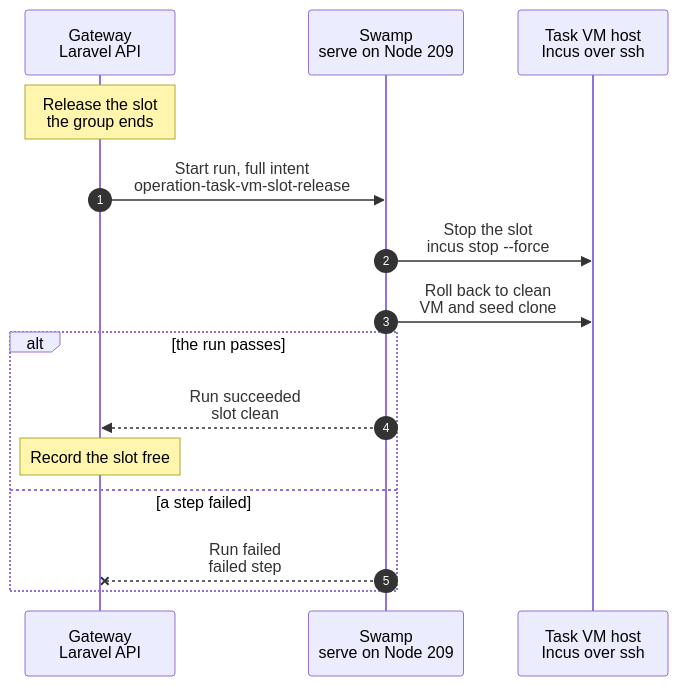
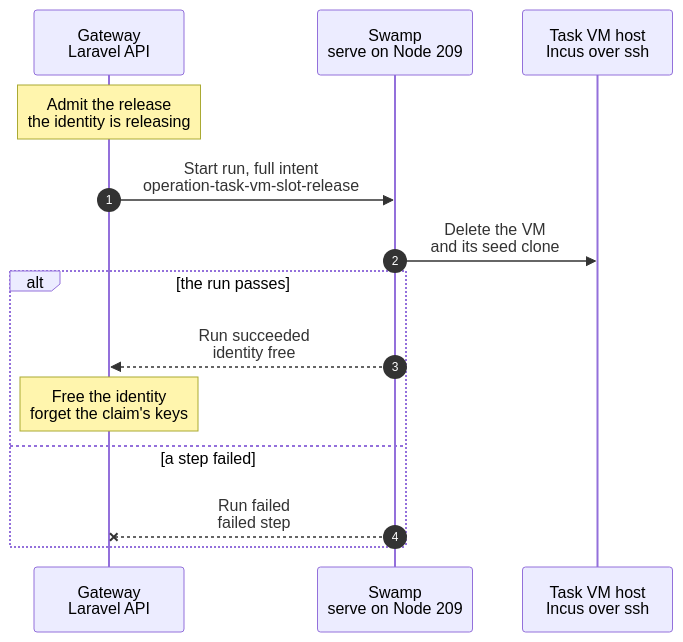
Before and after one commit to hardimpactdev/orbit: the diagram in docs/cli/tasks/vm-slot-release.mmd, drawn with Mermaid. The commit also changed 88 other files, not shown here.

First line of the commit message:
Task start copies the base VM snapshot with a slot identity

```diff
--- a/docs/cli/tasks/vm-slot-release.mmd
+++ b/docs/cli/tasks/vm-slot-release.mmd
@@ -1,38 +1,27 @@
 sequenceDiagram
-  %% Target design (Nick 2026-11-07): a release stops the slot and rolls it back to its `clean` snapshot. The identity stays. There are no record deletes, no DNS withdrawal, no Metrics membership and no hub peer removal. Enrol: docs/cli/tasks/vm-slot-enrol.mmd; claim: docs/cli/tasks/provision.mmd.
+  %% Target design (agreed with Nick, 2026-11-07): the release of a task VM as its own run, for a task start that failed or a group that ended without a cancel run. The same steps end a cancel (docs/cli/tasks/cancel.mmd). The identity stays.
   %% status: draft
-  %% command: none · the end of a task group
+  %% command: none · the end of a task start that failed
   %% kind: task_vm.slot_release
   autonumber
   %% lane GW icon=gateway pill=intent tone=blue
   %% lane SW icon=workflow pill=executes tone=green
   %% lane H icon=server pill=target tone=amber
   participant GW as Gateway<br/>Laravel API
   participant SW as Swamp<br/>serve on Node 209
   participant H as Task VM host<br/>Incus over ssh
-  Note over GW: Release the slot<br/>the group ends
-  %%> Started by:
-  %%> - `tasks:cancel` and `tasks:complete`, as the last child of their run, after approved work is pushed
-  %%> - a failed claim
-  %%> Result:
-  %%> - the intent holds the slot name and its seed clone name
+  Note over GW: Admit the release<br/>the identity is releasing
   GW->>SW: Start run, full intent<br/>operation-task-vm-slot-release
-  SW->>H: Stop the slot<br/>incus stop --force
+  SW->>H: Delete the VM<br/>and its seed clone
   %%> What it does:
-  %%> - stops `shark-tvm-3`; a stopped slot counts as done
-  SW->>H: Roll back to clean<br/>VM and seed clone
-  %%> What it does:
-  %%> - restores the `clean` snapshot of the VM and of its seed clone; the task's checkout, containers and files are gone
-  %%> Not included:
-  %%> - the Node, the WireGuard peer, the identity volume, the agent secret, the Pi token and the model key stay as they are
+  %%> - `incus delete --force` and the seed clone; a rerun finds them gone
+  %%> - beside it, the claim's model key is revoked at the model router; the Pi token goes with the VM
+  %%> - no Node, DNS, Metrics or hub peer change
   alt the run passes
-    SW-->>GW: Run succeeded<br/>slot clean
-    Note over GW: Record the slot free
-    %%> Result:
-    %%> - the group lets go of the slot; the slot is `free`
-    %%> - when the slot's image is not the host's promoted image, the Gateway admits its re-enrol (docs/cli/tasks/vm-slot-enrol.mmd)
+    SW-->>GW: Run succeeded<br/>identity free
+    Note over GW: Free the identity<br/>forget the claim's keys
   else a step failed
     SW--xGW: Run failed<br/>failed step
     %%> On failure:
-    %%> - the slot is `failed` and no claim takes it; a new release or a re-enrol repairs it
+    %%> - the identity is `failed`; while it holds a model key the slot rule releases it again, then it enrols it again
   end
```
